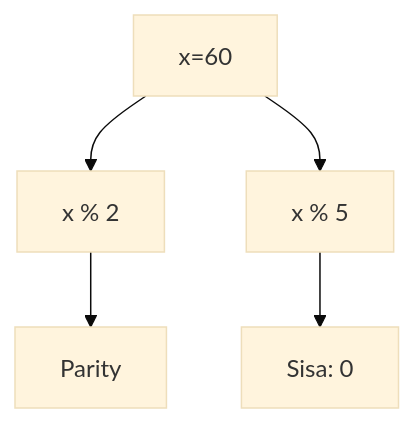
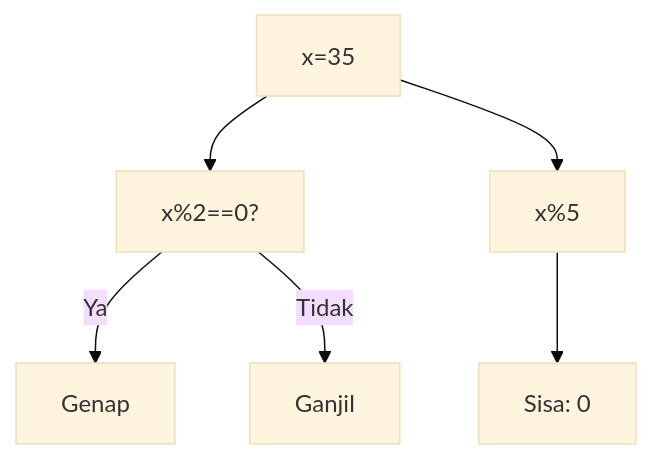
Diagram 14 of 25 in part-c-pemahaman-cpp/06-bitwise/latihan/set-03.md (amnahwaida/OSNK_INF_PREP), drawn with Mermaid (base theme) before and after one commit. The commit also changed other lines of this file and 71 other files, not shown here.

Commit message:
Fixed Mermaid syntax lexical errors with quoted labels in 1,800 questions

````diff
--- a/part-c-pemahaman-cpp/06-bitwise/latihan/set-03.md
+++ b/part-c-pemahaman-cpp/06-bitwise/latihan/set-03.md
@@ -445,7 +418,8 @@
 ```mermaid
 graph TD
-A[x=60] --> B[x % 2]
-B --> C[Parity]
-A --> D[x % 5]
-D --> E[Sisa: 0]
+A["x=35"] --> B["x%2==0?"]
+B -- Ya --> C["Genap"]
+B -- Tidak --> D["Ganjil"]
+A --> E["x%5"]
+E --> F["Sisa: 0"]
 ```
````
